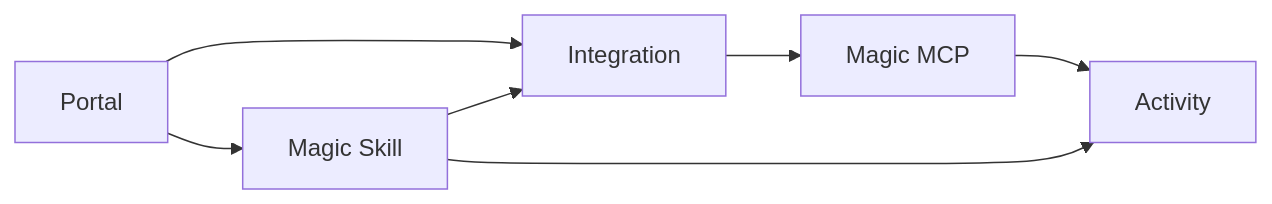
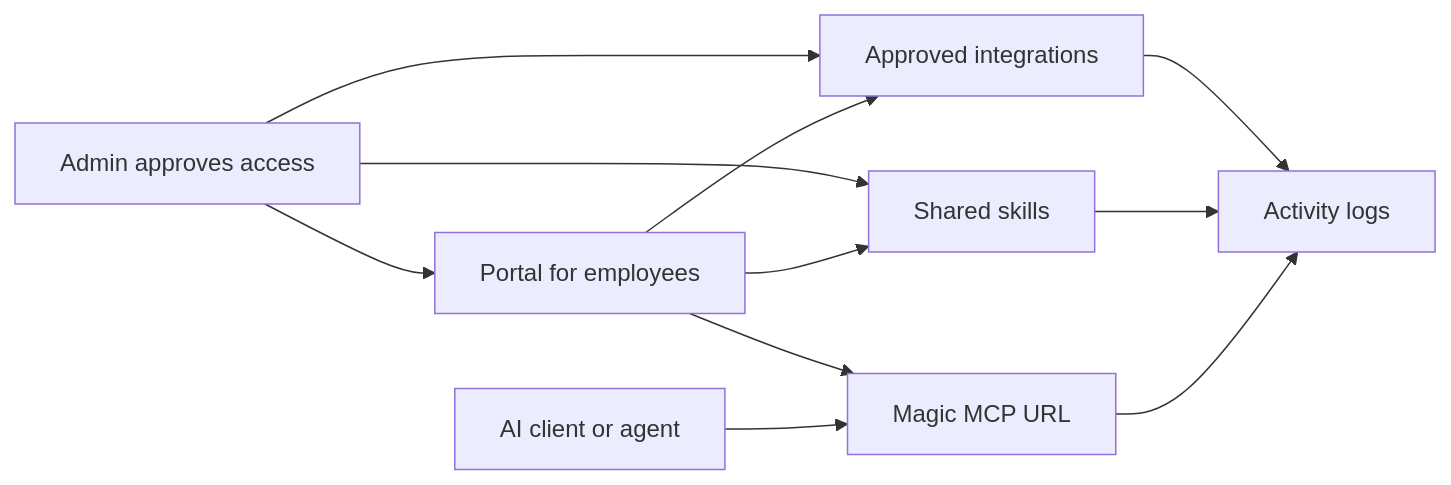
One commit to metorial/docs changed the diagram in workforce-concepts.mdx. Above: the diagram before and after it, drawn with Mermaid. The commit also changed other lines of this file and 8 other files, not shown here.

````diff
--- a/workforce-concepts.mdx
+++ b/workforce-concepts.mdx
@@ -35,15 +46,21 @@
 ```mermaid
 flowchart LR
-  Portal["Portal"]
-  Integration["Integration"]
-  Skill["Magic Skill"]
-  MCP["Magic MCP"]
-  Activity["Activity"]
+  Admin["Admin approves access"]
+  Portal["Portal for employees"]
+  Integration["Approved integrations"]
+  Skill["Shared skills"]
+  MCP["Magic MCP URL"]
+  Agent["AI client or agent"]
+  Activity["Activity logs"]
 
+  Admin --> Portal
+  Admin --> Integration
+  Admin --> Skill
   Portal --> Integration
   Portal --> Skill
-  Skill --> Integration
-  Integration --> MCP
+  Portal --> MCP
+  Agent --> MCP
+  Integration --> Activity
+  Skill --> Activity
   MCP --> Activity
-  Skill --> Activity
 ```
````
